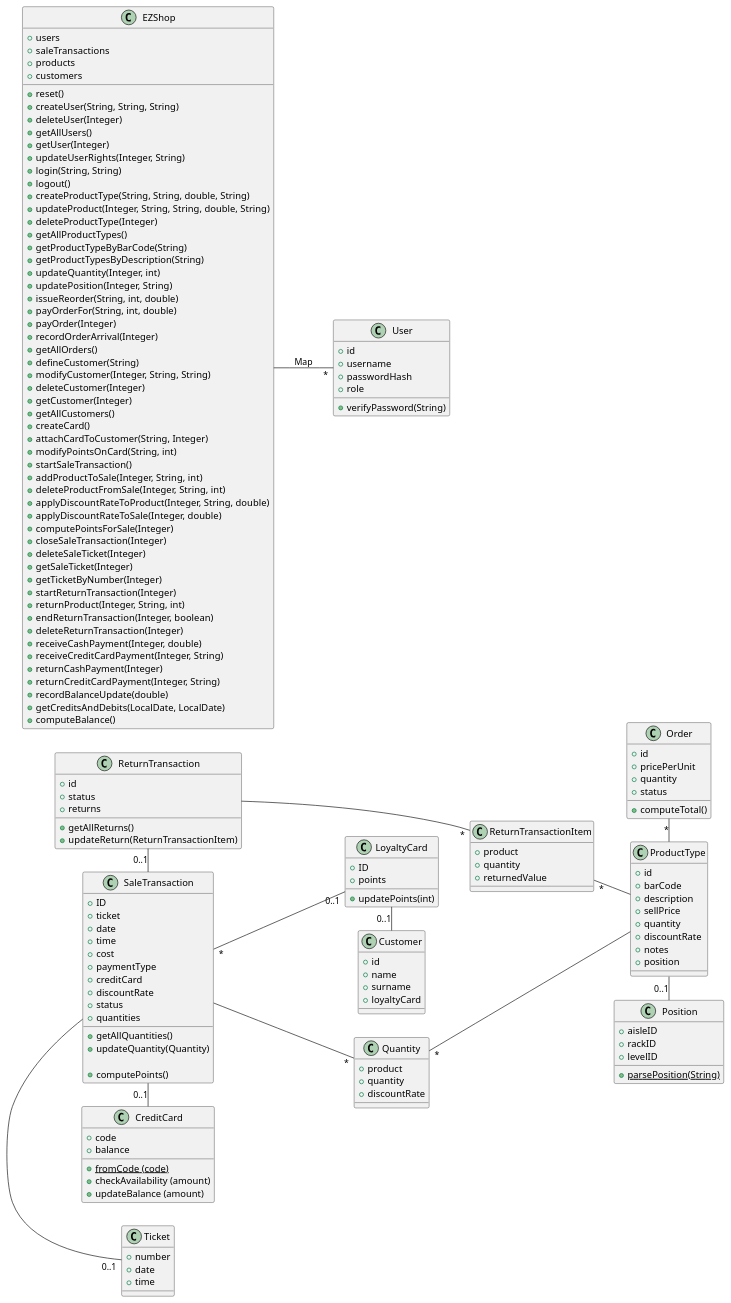
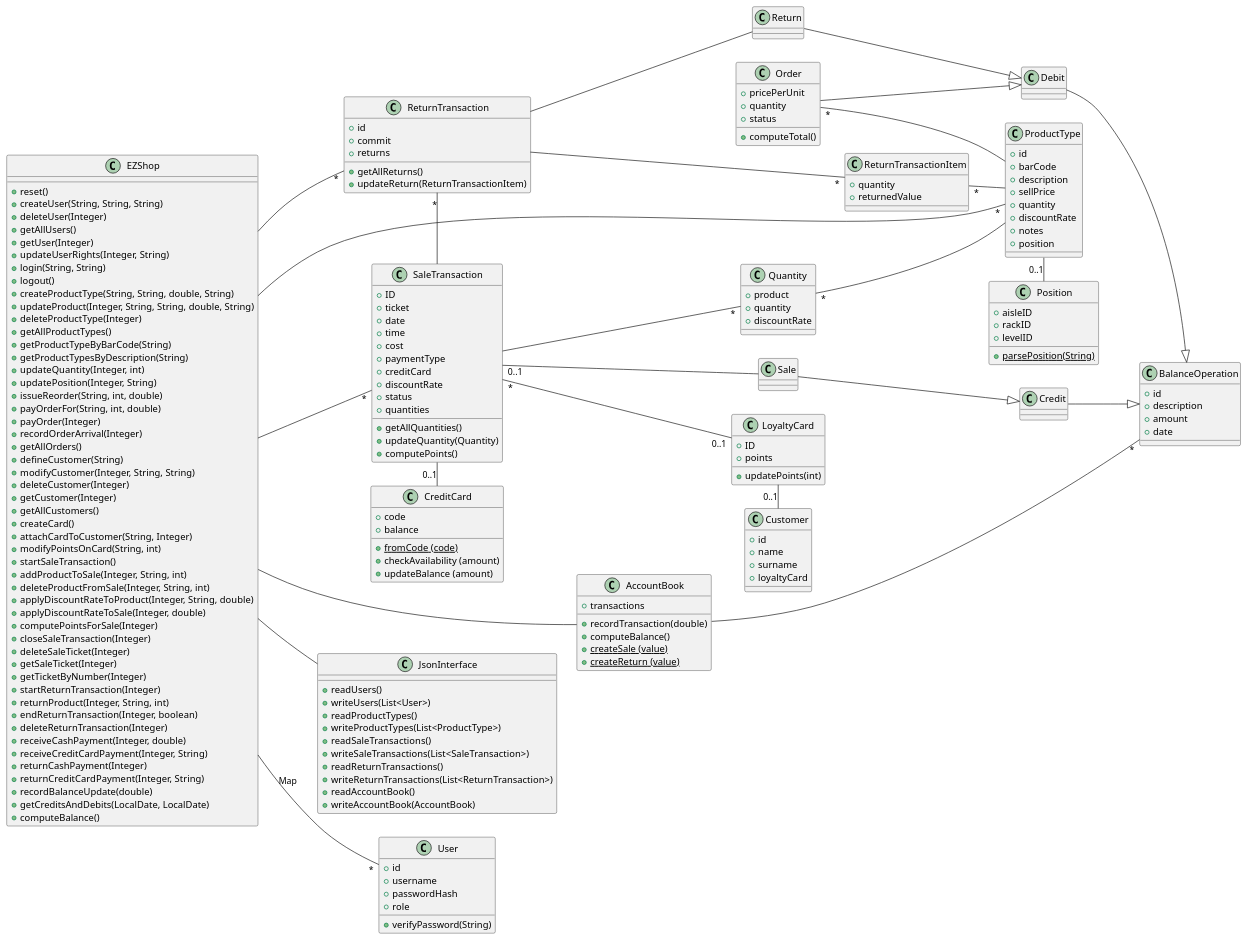
One commit to polito-se2-21-r03/se1-ezshop changed the second of 2 diagrams in Deliverables/DesignDocument.md. Above: the diagram before and after it, drawn with PlantUML.

Commit message:
Updates on the low level design

````diff
--- a/Deliverables/DesignDocument.md
+++ b/Deliverables/DesignDocument.md
@@ -48,10 +48,6 @@
 left to right direction
 
 class "EZShop" {
-    + users
-    + saleTransactions
-    + products
-    + customers
     + reset()
     + createUser(String, String, String)
     + deleteUser(Integer)
@@ -104,7 +100,26 @@
     + computeBalance()
 }
 
-"EZShop" -- "*" "User" : "Map" 
+class JsonInterface {
+    + readUsers()
+    + writeUsers(List<User>)
+    + readProductTypes()
+    + writeProductTypes(List<ProductType>)
+    + readSaleTransactions()
+    + writeSaleTransactions(List<SaleTransaction>)
+    + readReturnTransactions()
+    + writeReturnTransactions(List<ReturnTransaction>)
+    + readAccountBook()
+    + writeAccountBook(AccountBook)
+}
+
+EZShop -- JsonInterface
+
+EZShop -- "*" User : "Map"
+EZShop -- AccountBook
+EZShop -- "*" SaleTransaction
+EZShop -- "*" ReturnTransaction
+EZShop -- "*" ProductType
 
 class User {
     + id
@@ -135,7 +150,6 @@
 ProductType - "0..1" Position
 
 class Order {
-    + id
     + pricePerUnit
     + quantity
     + status
@@ -172,20 +186,10 @@
     + discountRate 
     + status /' open/close '/
     + quantities /' Set<Quantity> '/
-
     + getAllQuantities() /' Set<Quantity> '/
     + updateQuantity(Quantity)
-
     + computePoints()
 }
-
-class Ticket {
-    + number
-    + date
-    + time
-}
-
-SaleTransaction - "0..1" Ticket
 
 class Quantity {
     + product
@@ -202,21 +206,20 @@
 
 class ReturnTransaction {
     + id
-    + status 
-    + returns /' Set<ReturnTransactionItem> '/
-    + getAllReturns() /' Set<ReturnTransactionItem> '/
+    + commit 
+    + returns /' HashSet<ReturnTransactionItem> '/
+    + getAllReturns() /' HashSet<ReturnTransactionItem> '/
     + updateReturn(ReturnTransactionItem)
 }
 
 class ReturnTransactionItem {
-    + product
     + quantity
     + returnedValue
 }
 
 ReturnTransaction -- "*" ReturnTransactionItem
 
-ReturnTransaction "0..1" - SaleTransaction
+ReturnTransaction "*" - SaleTransaction
 ReturnTransactionItem "*" - ProductType
 
 class CreditCard {
@@ -235,4 +238,40 @@
 
 SaleTransaction - "0..1" CreditCard
 
+
+class AccountBook {
+    + transactions
+    + recordTransaction(double)
+    + computeBalance()
+    + {static} createSale (value)
+    + {static} createReturn (value)
+}
+
+class BalanceOperation {
+    + id
+    + description
+    + amount
+    + date
+
+}
+AccountBook -- "*" BalanceOperation
+
+class Credit 
+class Debit
+
+Credit --|> BalanceOperation
+Debit --|> BalanceOperation
+
+class Order
+class Sale
+class Return
+
+Order --|> Debit
+Sale --|> Credit
+Return --|> Debit
+
+SaleTransaction "0..1" --  Sale
+ReturnTransaction -- Return
+
+
 ```
````
